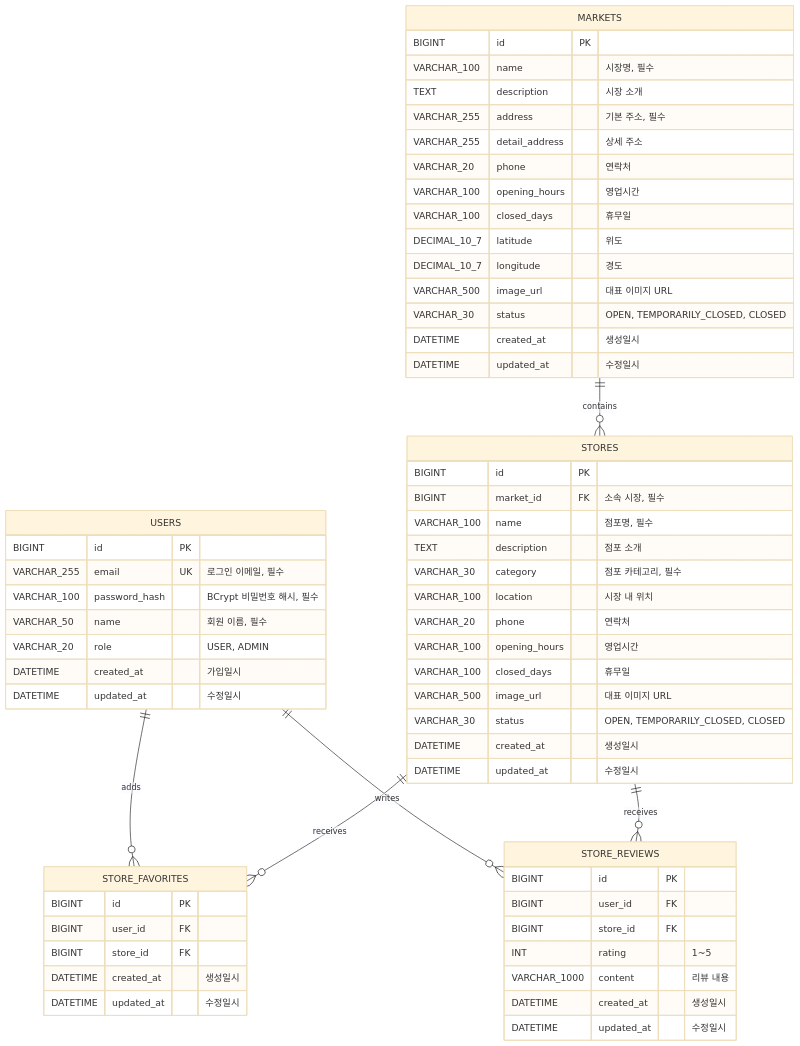
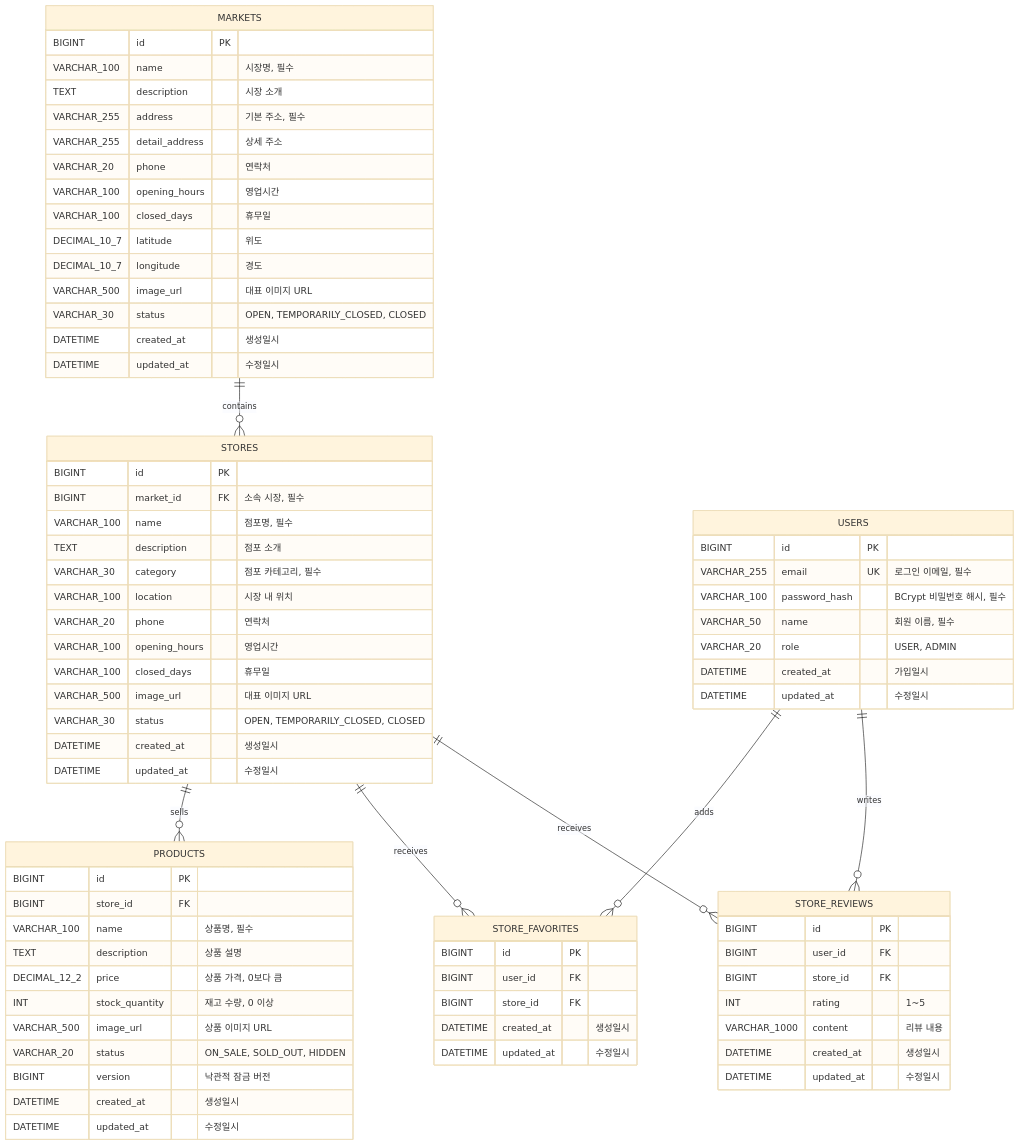
One commit to oddoos7/traditional-market changed the diagram in docs/erd.md. Above: the diagram before and after it, drawn with Mermaid (base theme). The commit also changed other lines of this file and 20 other files, not shown here.

Commit message:
상품 ERD 및 API 구현

````diff
--- a/docs/erd.md
+++ b/docs/erd.md
@@ -5,6 +5,7 @@
 ```mermaid
 erDiagram
     MARKETS ||--o{ STORES : contains
+    STORES ||--o{ PRODUCTS : sells
     USERS ||--o{ STORE_FAVORITES : adds
     STORES ||--o{ STORE_FAVORITES : receives
     USERS ||--o{ STORE_REVIEWS : writes
@@ -70,4 +71,18 @@
         DATETIME created_at "생성일시"
         DATETIME updated_at "수정일시"
     }
+
+    PRODUCTS {
+        BIGINT id PK
+        BIGINT store_id FK
+        VARCHAR_100 name "상품명, 필수"
+        TEXT description "상품 설명"
+        DECIMAL_12_2 price "상품 가격, 0보다 큼"
+        INT stock_quantity "재고 수량, 0 이상"
+        VARCHAR_500 image_url "상품 이미지 URL"
+        VARCHAR_20 status "ON_SALE, SOLD_OUT, HIDDEN"
+        BIGINT version "낙관적 잠금 버전"
+        DATETIME created_at "생성일시"
+        DATETIME updated_at "수정일시"
+    }
 ```
````
